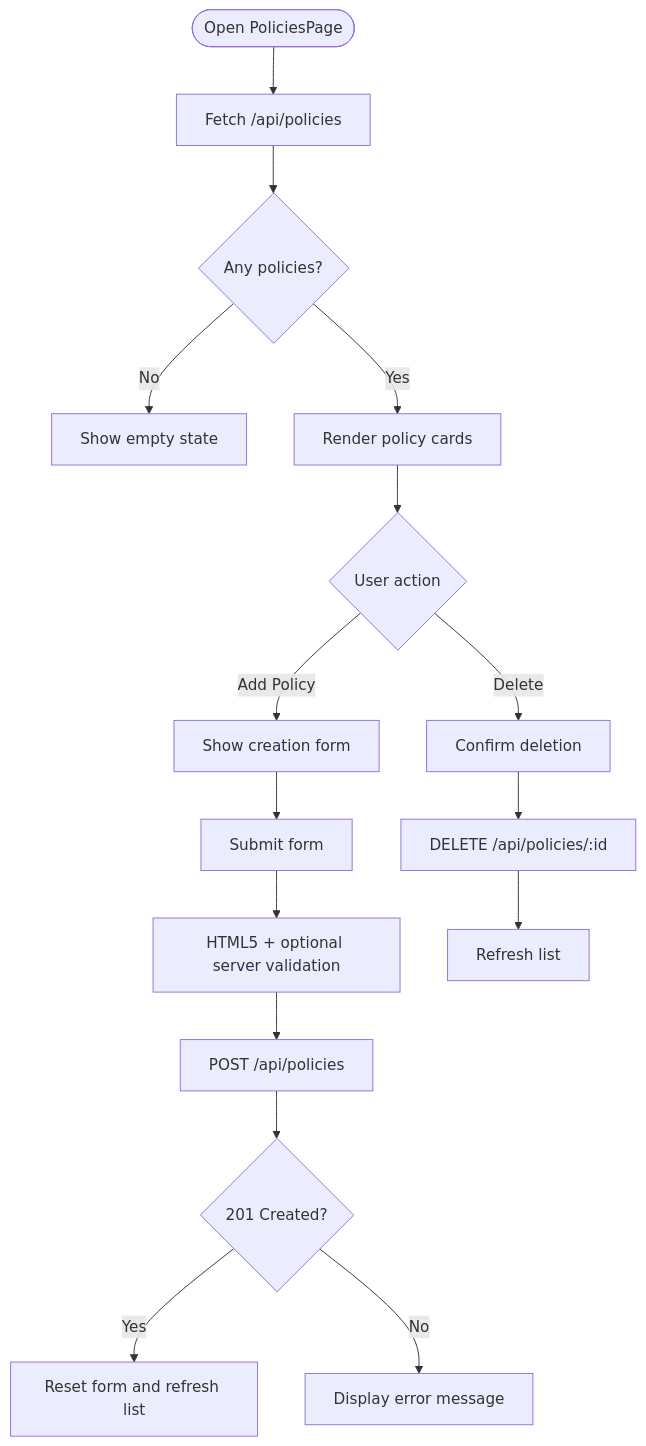
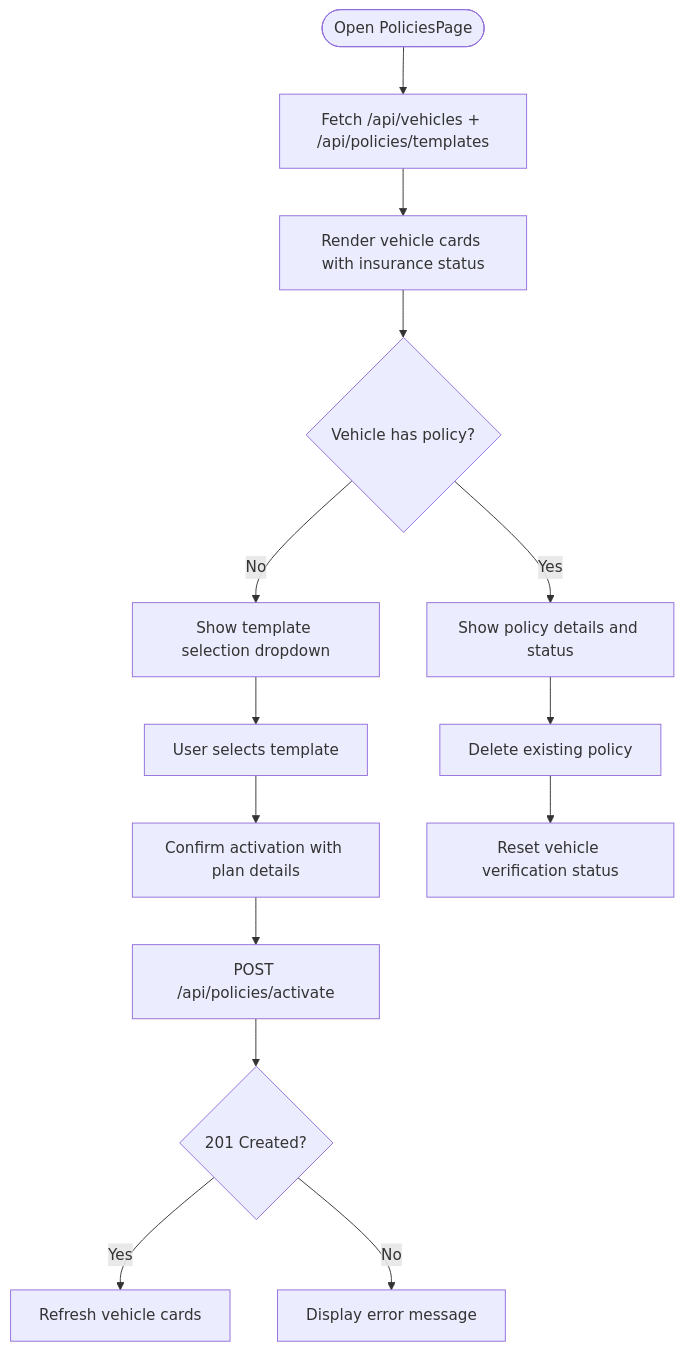
Before and after one commit to NaveenHiranya/Smart-Vehicle-Insurance-Claim-System: the third of 7 diagrams in .qoder/repowiki/en/content/Frontend Documentation/Pages and Views/User Pages/Policy Management Page.md, drawn with Mermaid. The commit also changed other lines of this file and 21 other files, not shown here.

````diff
--- a/.qoder/repowiki/en/content/Frontend Documentation/Pages and Views/User Pages/Policy Management Page.md
+++ b/.qoder/repowiki/en/content/Frontend Documentation/Pages and Views/User Pages/Policy Management Page.md
@@ -138,18 +150,16 @@
 ```mermaid
 flowchart TD
-Start(["Open PoliciesPage"]) --> Load["Fetch /api/policies"]
-Load --> Empty{"Any policies?"}
-Empty -- "No" --> ShowEmpty["Show empty state"]
-Empty -- "Yes" --> ShowCards["Render policy cards"]
-ShowCards --> Action{"User action"}
-Action -- "Add Policy" --> ShowForm["Show creation form"]
-ShowForm --> Submit["Submit form"]
-Submit --> Validate["HTML5 + optional server validation"]
-Validate --> Post["POST /api/policies"]
-Post --> Success{"201 Created?"}
-Success -- "Yes" --> Reset["Reset form and refresh list"]
+Start(["Open PoliciesPage"]) --> Load["Fetch /api/vehicles + /api/policies/templates"]
+Load --> DisplayVehicles["Render vehicle cards with insurance status"]
+DisplayVehicles --> CheckPolicy{"Vehicle has policy?"}
+CheckPolicy -- "No" --> ShowTemplateSelect["Show template selection dropdown"]
+CheckPolicy -- "Yes" --> ShowPolicyInfo["Show policy details and status"]
+ShowTemplateSelect --> SelectTemplate["User selects template"]
+SelectTemplate --> ConfirmActivation["Confirm activation with plan details"]
+ConfirmActivation --> Activate["POST /api/policies/activate"]
+Activate --> Success{"201 Created?"}
+Success -- "Yes" --> Refresh["Refresh vehicle cards"]
 Success -- "No" --> Error["Display error message"]
-Action -- "Delete" --> Confirm["Confirm deletion"]
-Confirm --> Delete["DELETE /api/policies/:id"]
-Delete --> Refresh["Refresh list"]
+ShowPolicyInfo --> DeletePolicy["Delete existing policy"]
+DeletePolicy --> ResetVerification["Reset vehicle verification status"]
 ```
````
